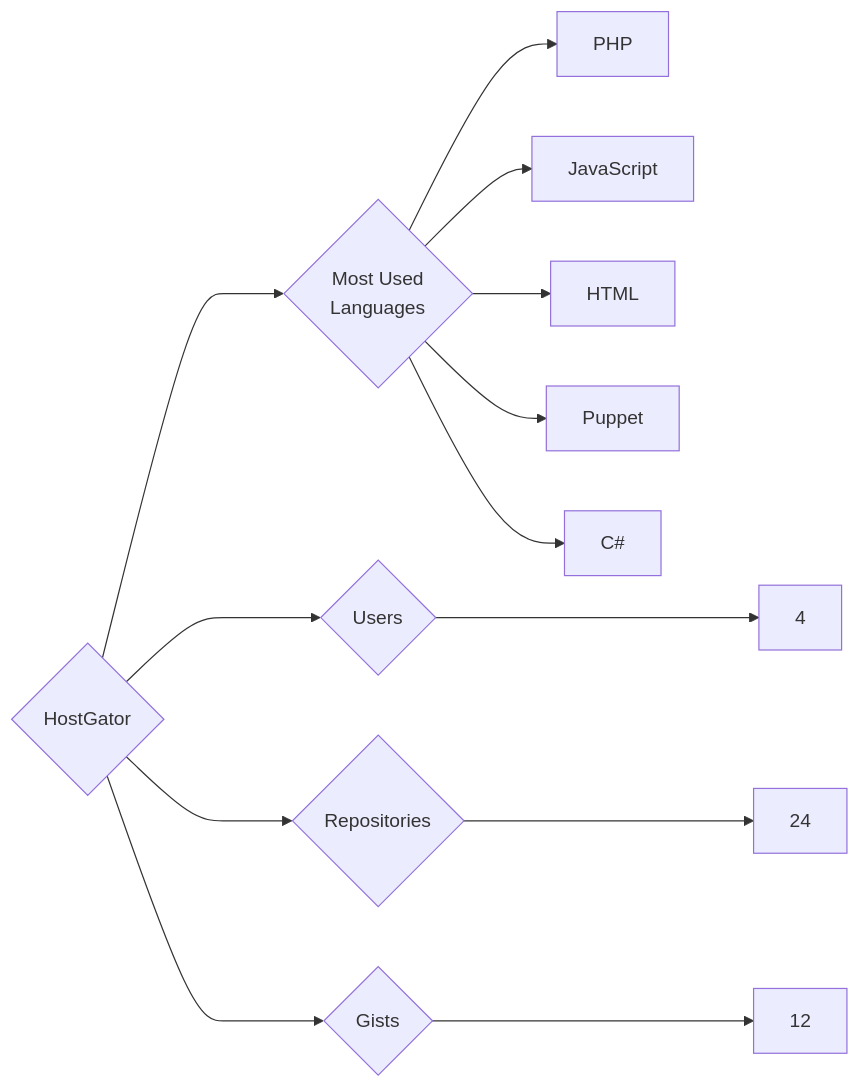
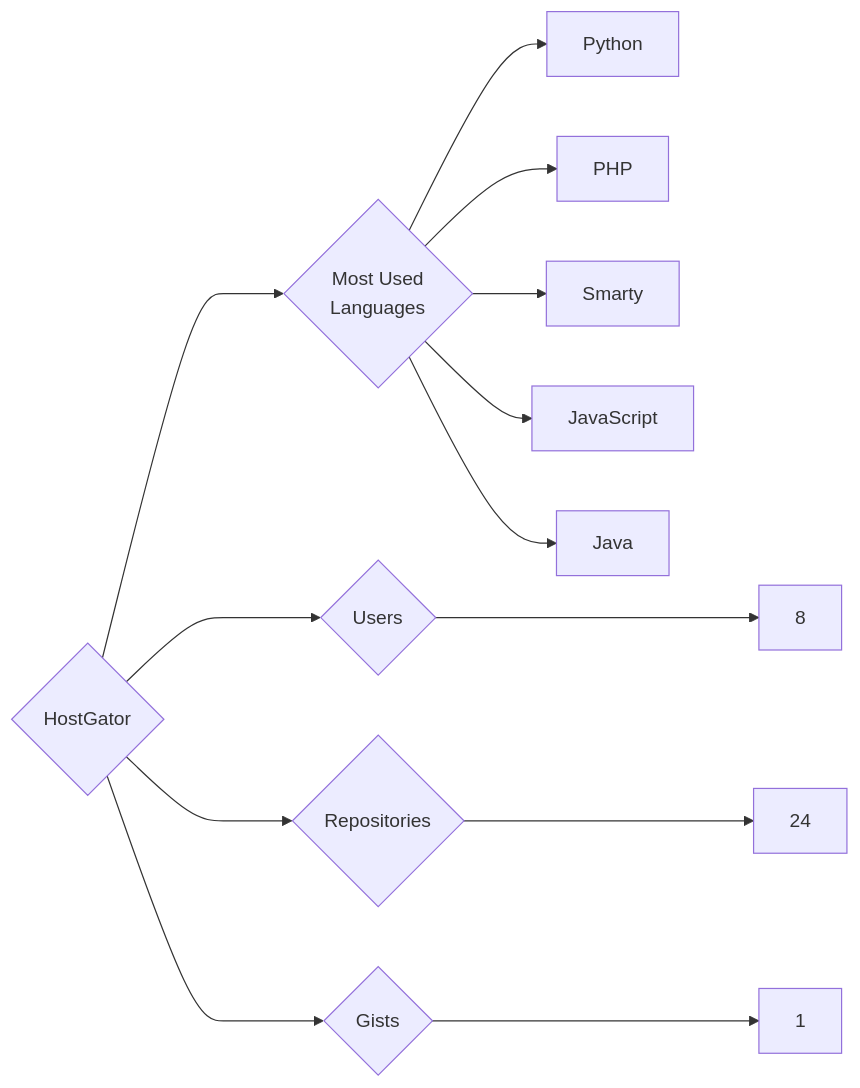
The diagram in targets/HostGator/README.md (trickest/insiders), drawn with Mermaid before and after one commit. The commit also changed 1149 other files, not shown here.

````diff
--- a/targets/HostGator/README.md
+++ b/targets/HostGator/README.md
@@ -3,13 +3,13 @@
 ```mermaid
 graph LR
 COMPANY_NAME{HostGator}
-COMPANY_NAME ---> U{Users} ---> UN[4]
+COMPANY_NAME ---> U{Users} ---> UN[8]
 COMPANY_NAME ---> R{Repositories} ---> RN[24]
-COMPANY_NAME ---> G{Gists} ---> GN[12]
+COMPANY_NAME ---> G{Gists} ---> GN[1]
 COMPANY_NAME ---> ML{Most Used<br>Languages}
+ML --> Python[Python]
 ML --> PHP[PHP]
+ML --> Smarty[Smarty]
 ML --> JavaScript[JavaScript]
-ML --> HTML[HTML]
-ML --> Puppet[Puppet]
-ML --> C#[C#]
+ML --> Java[Java]
 ```
````
